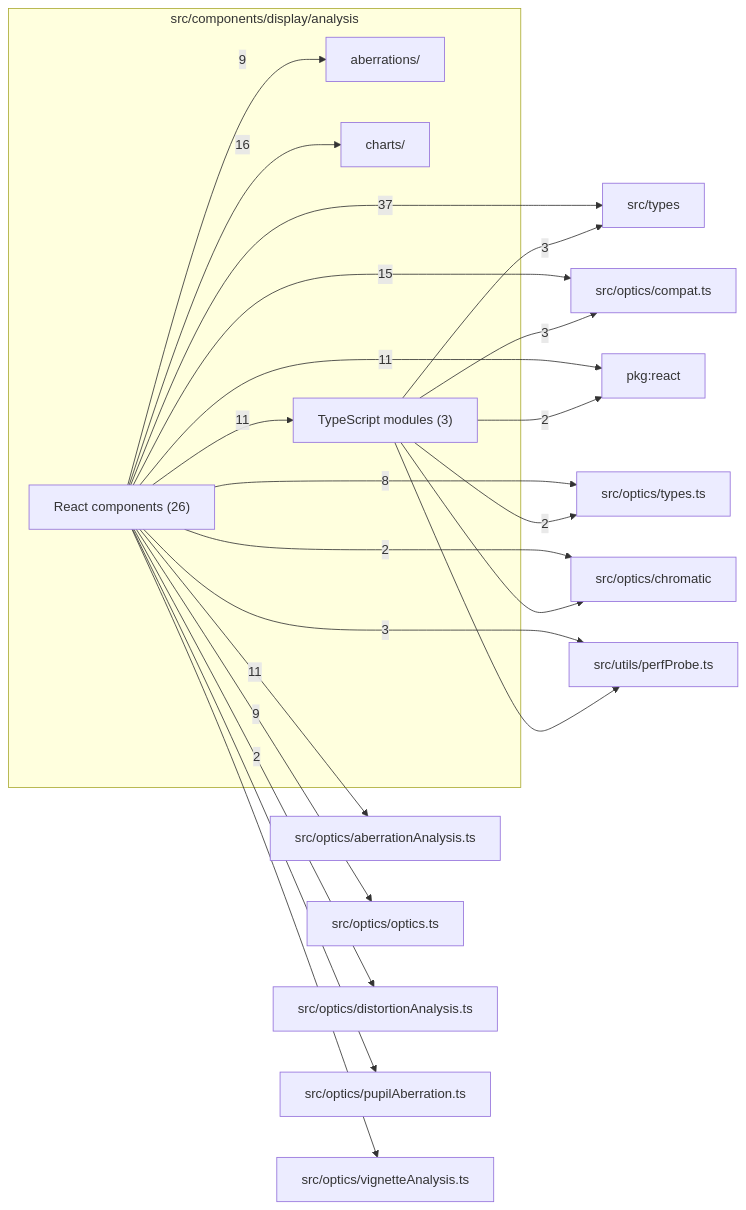
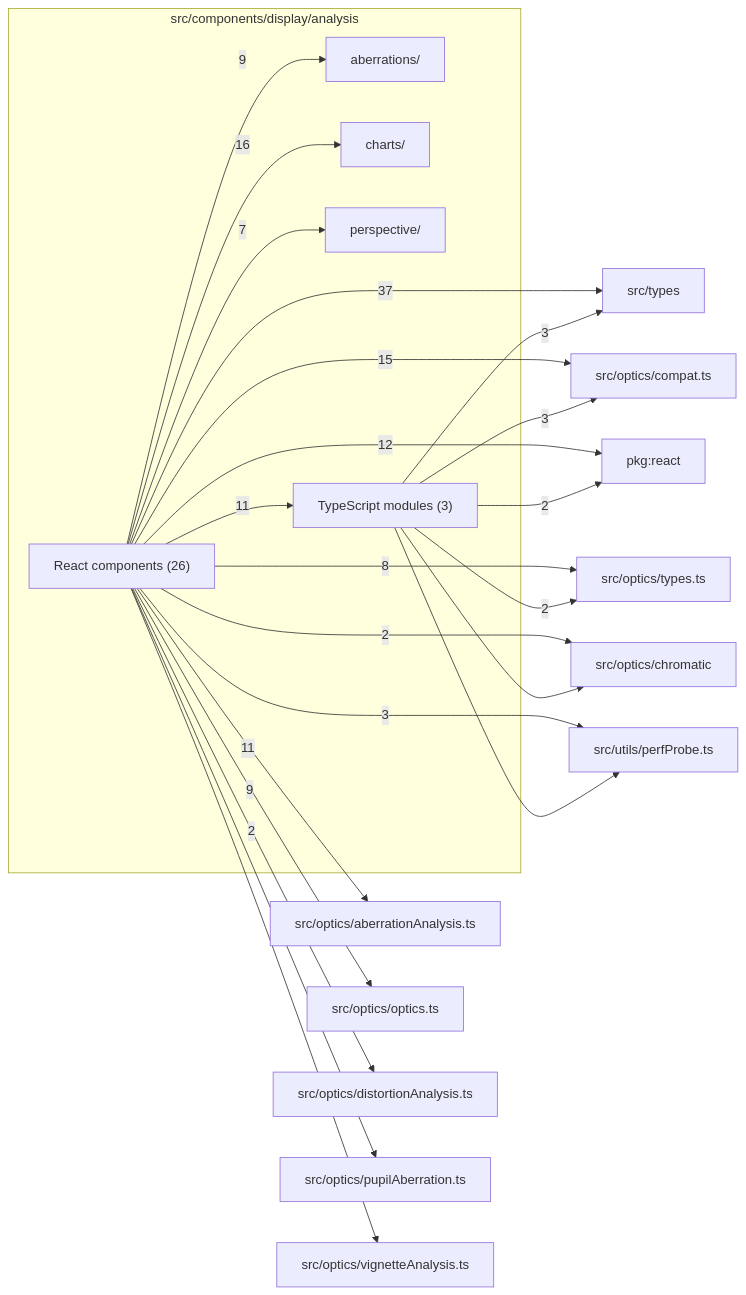
The diagram in src/components/display/analysis/readme.md (ronbuening/LensVisualizer), drawn with Mermaid before and after one commit. The commit also changed other lines of this file and 155 other files, not shown here.

````diff
--- a/src/components/display/analysis/readme.md
+++ b/src/components/display/analysis/readme.md
@@ -9,40 +9,42 @@
 ```mermaid
 flowchart LR
   subgraph n_src_components_display_analysis["src/components/display/analysis"]
     n_src_components_display_analysis_src_components_display_analysis_aberrations["aberrations/"]
     n_src_components_display_analysis_src_components_display_analysis_charts["charts/"]
+    n_src_components_display_analysis_src_components_display_analysis_perspective["perspective/"]
     n_src_components_display_analysis_React_components["React components (26)"]
     n_src_components_display_analysis_TypeScript_modules["TypeScript modules (3)"]
   end
   n_external_src_types["src/types"]
   n_external_src_optics_compat_ts["src/optics/compat.ts"]
   n_external_pkg_react["pkg:react"]
   n_external_src_optics_aberrationAnalysis_ts["src/optics/aberrationAnalysis.ts"]
   n_external_src_optics_optics_ts["src/optics/optics.ts"]
   n_external_src_optics_types_ts["src/optics/types.ts"]
   n_external_src_utils_perfProbe_ts["src/utils/perfProbe.ts"]
   n_external_src_optics_chromatic["src/optics/chromatic"]
   n_external_src_optics_distortionAnalysis_ts["src/optics/distortionAnalysis.ts"]
   n_external_src_optics_pupilAberration_ts["src/optics/pupilAberration.ts"]
   n_external_src_optics_vignetteAnalysis_ts["src/optics/vignetteAnalysis.ts"]
   n_src_components_display_analysis_React_components --> |37| n_external_src_types
   n_src_components_display_analysis_React_components --> |16| n_src_components_display_analysis_src_components_display_analysis_charts
   n_src_components_display_analysis_React_components --> |15| n_external_src_optics_compat_ts
-  n_src_components_display_analysis_React_components --> |11| n_external_pkg_react
+  n_src_components_display_analysis_React_components --> |12| n_external_pkg_react
   n_src_components_display_analysis_React_components --> |11| n_external_src_optics_aberrationAnalysis_ts
   n_src_components_display_analysis_React_components --> |11| n_src_components_display_analysis_TypeScript_modules
   n_src_components_display_analysis_React_components --> |9| n_external_src_optics_optics_ts
   n_src_components_display_analysis_React_components --> |9| n_src_components_display_analysis_src_components_display_analysis_aberrations
   n_src_components_display_analysis_React_components --> |8| n_external_src_optics_types_ts
+  n_src_components_display_analysis_React_components --> |7| n_src_components_display_analysis_src_components_display_analysis_perspective
   n_src_components_display_analysis_TypeScript_modules --> |3| n_external_src_optics_compat_ts
   n_src_components_display_analysis_TypeScript_modules --> |3| n_external_src_types
   n_src_components_display_analysis_React_components --> |3| n_external_src_utils_perfProbe_ts
   n_src_components_display_analysis_TypeScript_modules --> |2| n_external_pkg_react
   n_src_components_display_analysis_React_components --> |2| n_external_src_optics_chromatic
   n_src_components_display_analysis_React_components --> |2| n_external_src_optics_distortionAnalysis_ts
   n_src_components_display_analysis_TypeScript_modules --> |2| n_external_src_optics_types_ts
   n_src_components_display_analysis_TypeScript_modules --> n_external_src_optics_chromatic
   n_src_components_display_analysis_React_components --> n_external_src_optics_pupilAberration_ts
   n_src_components_display_analysis_React_components --> n_external_src_optics_vignetteAnalysis_ts
   n_src_components_display_analysis_TypeScript_modules --> n_external_src_utils_perfProbe_ts
 ```
````
